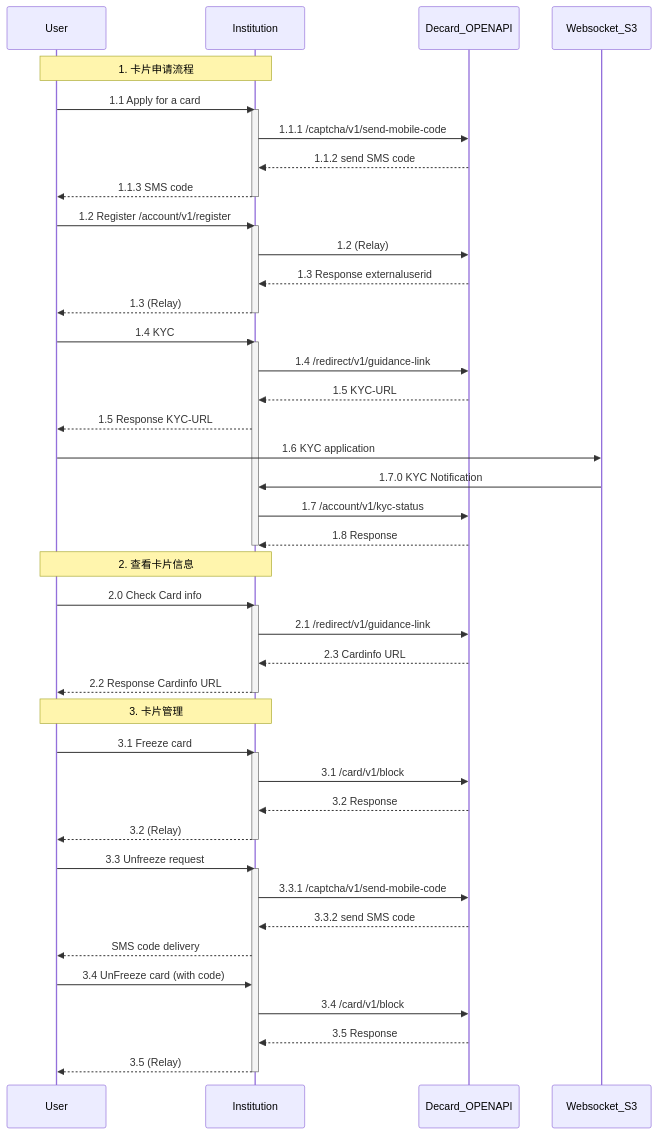
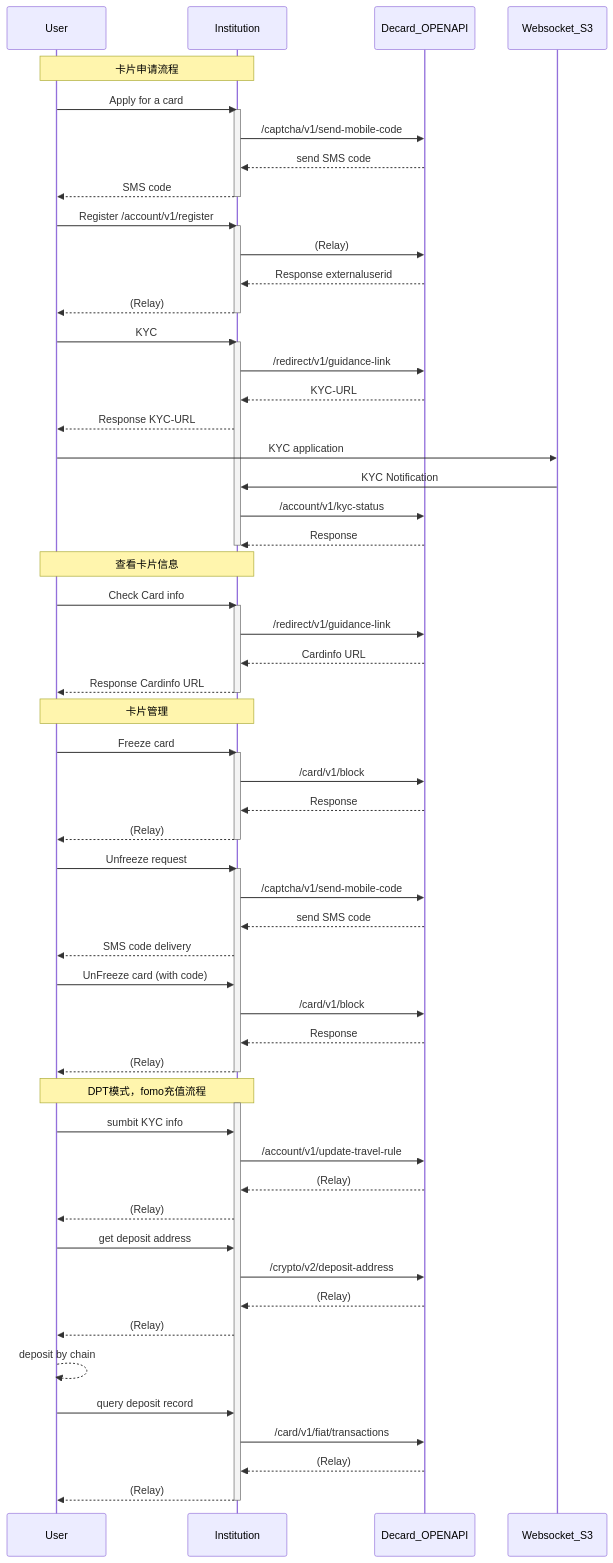
One commit to decard-tech/dcs-official-api-docs changed the diagram in flow/readme.md. Above: the diagram before and after it, drawn with Mermaid. The commit also changed other lines of this file, not shown here.

Commit message:
[feat](flow):新增最佳实践

````diff
--- a/flow/readme.md
+++ b/flow/readme.md
@@ -6,60 +8,78 @@
 ```mermaid
 sequenceDiagram
     participant User
     participant Institution
     participant Decard_OPENAPI
     participant Websocket_S3
 
-    Note over User,Institution: 1. 卡片申请流程
-    User->>Institution: 1.1 Apply for a card
+    Note over User,Institution:  卡片申请流程
+    User->>Institution:  Apply for a card
     activate Institution
-    Institution->>Decard_OPENAPI: 1.1.1 /captcha/v1/send-mobile-code
-    Decard_OPENAPI-->>Institution: 1.1.2 send SMS code
-    Institution-->>User: 1.1.3 SMS code
+    Institution->>Decard_OPENAPI:  /captcha/v1/send-mobile-code
+    Decard_OPENAPI-->>Institution: send SMS code
+    Institution-->>User: SMS code
     deactivate Institution
 
-    User->>Institution: 1.2 Register /account/v1/register
+    User->>Institution: Register /account/v1/register
     activate Institution
-    Institution->>Decard_OPENAPI: 1.2 (Relay)
-    Decard_OPENAPI-->>Institution: 1.3 Response externaluserid
-    Institution-->>User: 1.3 (Relay)
+    Institution->>Decard_OPENAPI: (Relay)
+    Decard_OPENAPI-->>Institution: Response externaluserid
+    Institution-->>User: (Relay)
     deactivate Institution
 
-    User->>Institution: 1.4 KYC
+    User->>Institution: KYC
     activate Institution
-    Institution->>Decard_OPENAPI: 1.4 /redirect/v1/guidance-link
-    Decard_OPENAPI-->>Institution: 1.5 KYC-URL
-    Institution-->>User: 1.5 Response KYC-URL
-    User->>Websocket_S3: 1.6 KYC application
-    Websocket_S3->>Institution: 1.7.0 KYC Notification
-    Institution->>Decard_OPENAPI: 1.7 /account/v1/kyc-status
-    Decard_OPENAPI-->>Institution: 1.8 Response
+    Institution->>Decard_OPENAPI: /redirect/v1/guidance-link
+    Decard_OPENAPI-->>Institution: KYC-URL
+    Institution-->>User: Response KYC-URL
+    User->>Websocket_S3: KYC application
+    Websocket_S3->>Institution: KYC Notification
+    Institution->>Decard_OPENAPI: /account/v1/kyc-status
+    Decard_OPENAPI-->>Institution: Response
     deactivate Institution
 
-    Note over User,Institution: 2. 查看卡片信息
-    User->>Institution: 2.0 Check Card info
+    Note over User,Institution: 查看卡片信息
+    User->>Institution: Check Card info
     activate Institution
-    Institution->>Decard_OPENAPI: 2.1 /redirect/v1/guidance-link
-    Decard_OPENAPI-->>Institution: 2.3 Cardinfo URL
-    Institution-->>User: 2.2 Response Cardinfo URL
+    Institution->>Decard_OPENAPI: /redirect/v1/guidance-link
+    Decard_OPENAPI-->>Institution: Cardinfo URL
+    Institution-->>User: Response Cardinfo URL
     deactivate Institution
 
-    Note over User,Institution: 3. 卡片管理
-    User->>Institution: 3.1 Freeze card
+    Note over User,Institution: 卡片管理
+    User->>Institution: Freeze card
     activate Institution
-    Institution->>Decard_OPENAPI: 3.1 /card/v1/block
-    Decard_OPENAPI-->>Institution: 3.2 Response
-    Institution-->>User: 3.2 (Relay)
+    Institution->>Decard_OPENAPI: /card/v1/block
+    Decard_OPENAPI-->>Institution: Response
+    Institution-->>User: (Relay)
     deactivate Institution
 
-    User->>Institution: 3.3 Unfreeze request
+    User->>Institution: Unfreeze request
     activate Institution
-    Institution->>Decard_OPENAPI: 3.3.1 /captcha/v1/send-mobile-code
-    Decard_OPENAPI-->>Institution: 3.3.2 send SMS code
+    Institution->>Decard_OPENAPI: /captcha/v1/send-mobile-code
+    Decard_OPENAPI-->>Institution: send SMS code
     Institution-->>User: SMS code delivery
-    User->>Institution: 3.4 UnFreeze card (with code)
-    Institution->>Decard_OPENAPI: 3.4 /card/v1/block
-    Decard_OPENAPI-->>Institution: 3.5 Response
-    Institution-->>User: 3.5 (Relay)
+    User->>Institution: UnFreeze card (with code)
+    Institution->>Decard_OPENAPI: /card/v1/block
+    Decard_OPENAPI-->>Institution: Response
+    Institution-->>User: (Relay)
+    deactivate Institution
+
+
+    Note over User,Institution: DPT模式，fomo充值流程
+    activate Institution
+    User->>Institution: sumbit KYC info
+    Institution->>Decard_OPENAPI: /account/v1/update-travel-rule
+    Decard_OPENAPI-->>Institution: (Relay)    
+    Institution-->>User: (Relay)    
+    User->>Institution: get deposit address
+    Institution->>Decard_OPENAPI: /crypto/v2/deposit-address
+    Decard_OPENAPI-->>Institution: (Relay)    
+    Institution-->>User: (Relay)  
+    User-->>User: deposit by chain
+    User->>Institution: query deposit record
+    Institution->>Decard_OPENAPI:  /card/v1/fiat/transactions
+    Decard_OPENAPI-->>Institution: (Relay)    
+    Institution-->>User: (Relay)    
     deactivate Institution
 ```
````
